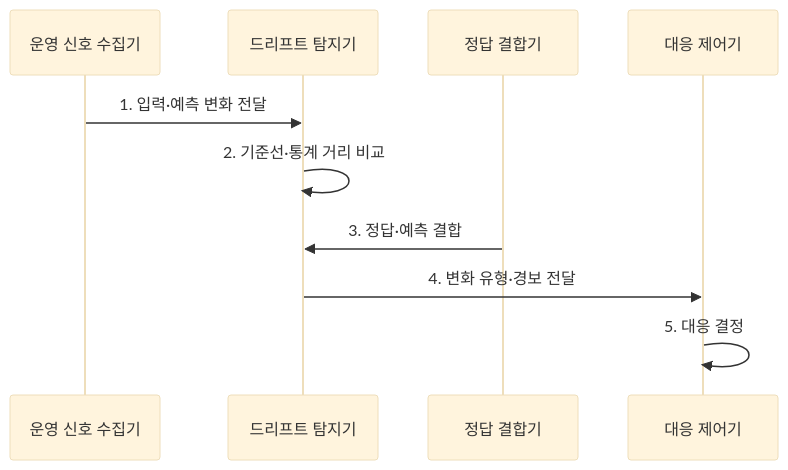
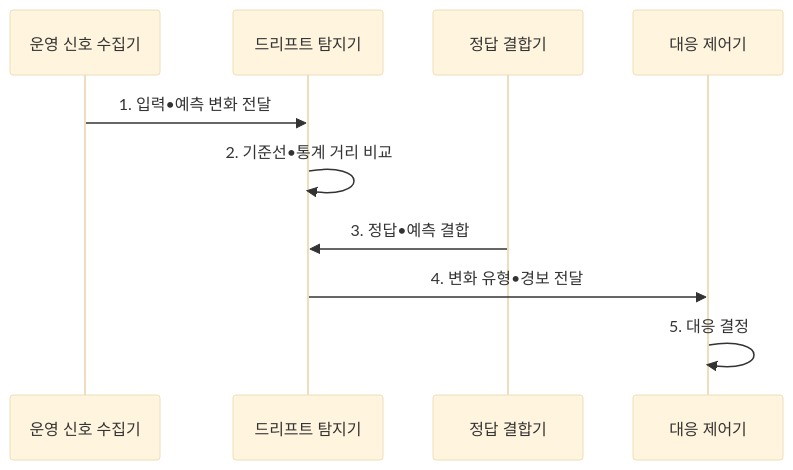
The second of 2 diagrams in src/content/docs/notes/03-software/206_model_monitoring_drift_detection.md (agnusdei1207/knowledge-base), drawn with Mermaid (base theme) before and after one commit. The commit also changed other lines of this file and 953 other files, not shown here.

````diff
--- a/src/content/docs/notes/03-software/206_model_monitoring_drift_detection.md
+++ b/src/content/docs/notes/03-software/206_model_monitoring_drift_detection.md
@@ -108,13 +108,13 @@
 ```mermaid
 sequenceDiagram
     participant O as 운영 신호 수집기
     participant D as 드리프트 탐지기
     participant L as 정답 결합기
     participant R as 대응 제어기
-    O->>D: 1. 입력·예측 변화 전달
-    D->>D: 2. 기준선·통계 거리 비교
-    L->>D: 3. 정답·예측 결합
-    D->>R: 4. 변화 유형·경보 전달
+    O->>D: 1. 입력•예측 변화 전달
+    D->>D: 2. 기준선•통계 거리 비교
+    L->>D: 3. 정답•예측 결합
+    D->>R: 4. 변화 유형•경보 전달
     R->>R: 5. 대응 결정
 
 ```
````
